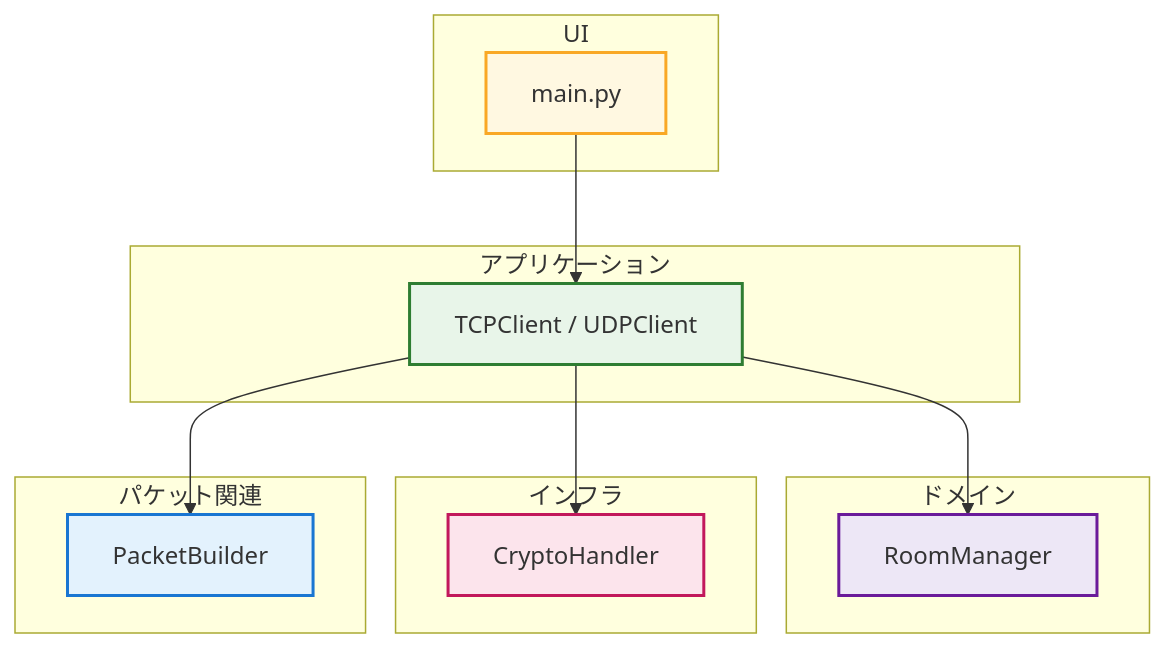
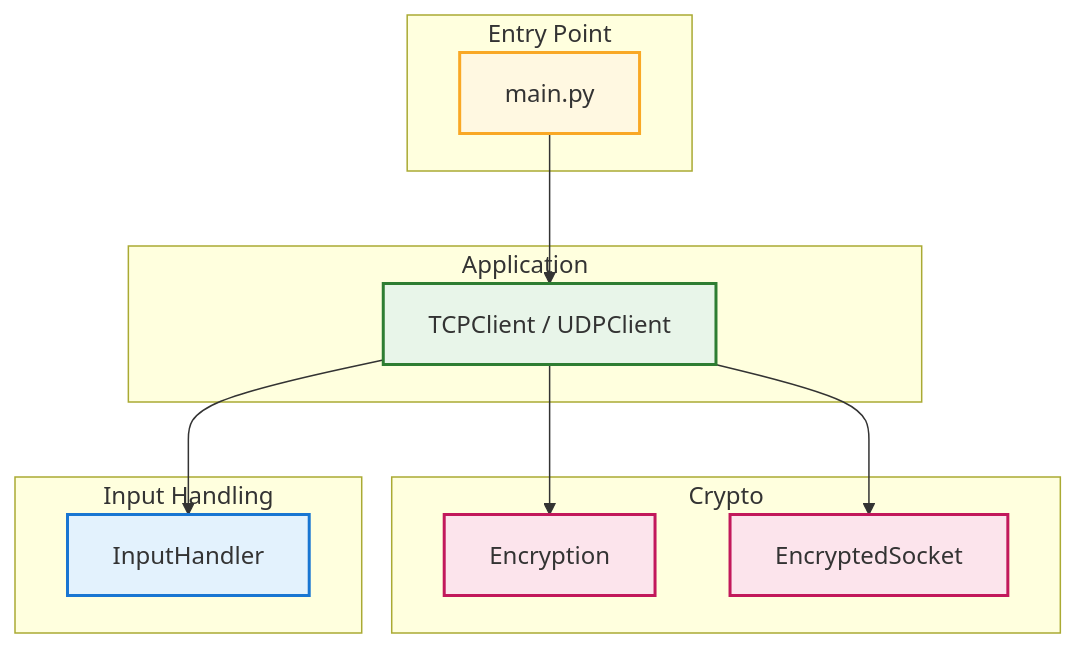
One commit to BackendExplorer/Online-Chat-Service changed the fourth of 4 diagrams in README.md. Above: the diagram before and after it, drawn with Mermaid.

````diff
--- a/README.md
+++ b/README.md
@@ -319,47 +319,38 @@
 ```mermaid
 graph TD
 
 %% スタイル定義
 classDef ui fill:#fff8e1,stroke:#f9a825,stroke-width:2px
 classDef application fill:#e8f5e9,stroke:#2e7d32,stroke-width:2px
-classDef domain fill:#ede7f6,stroke:#6a1b9a,stroke-width:2px
 classDef infra fill:#fce4ec,stroke:#c2185b,stroke-width:2px
 classDef packet fill:#e3f2fd,stroke:#1976d2,stroke-width:2px
 
-%% UI層
-subgraph UIレイヤー\[UI]
-UI["main.py"]
-class UI ui
+subgraph Entry Point
+  main["main.py"]
+  class main ui
 end
 
-%% アプリケーション層
-subgraph アプリケーションレイヤー\[アプリケーション]
-App["TCPClient / UDPClient"]
-class App application
+subgraph Application
+  app["TCPClient / UDPClient"]
+  class app application
 end
 
-%% ドメイン層
-subgraph ドメインレイヤー\[ドメイン]
-Domain["RoomManager"]
-class Domain domain
+subgraph Crypto
+  enc["Encryption"]
+  sock["EncryptedSocket"]
+  class enc,sock infra
 end
 
-%% インフラ層
-subgraph インフラレイヤー\[インフラ]
-Infra["CryptoHandler"]
-class Infra infra
+subgraph Input Handling
+  handler["InputHandler"]
+  class handler packet
 end
 
-%% パケット生成
-subgraph パケット処理\[パケット関連]
-Packet["PacketBuilder"]
-class Packet packet
-end
+main --> app
+app  --> enc
+app  --> sock
+app  --> handler
 
-%% 接続関係
-UI --> App
-App --> Domain
-App --> Infra
-App --> Packet
+
 
 ```
````
